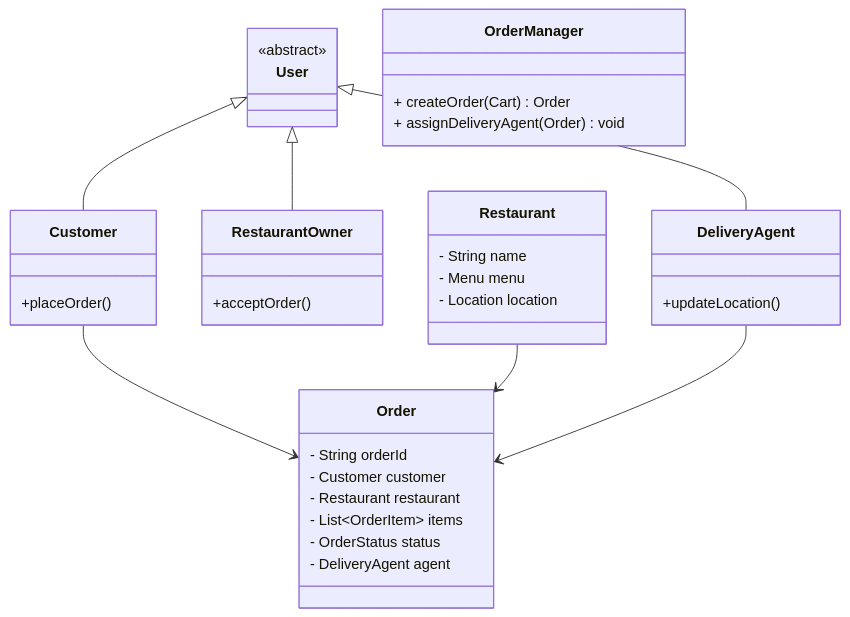
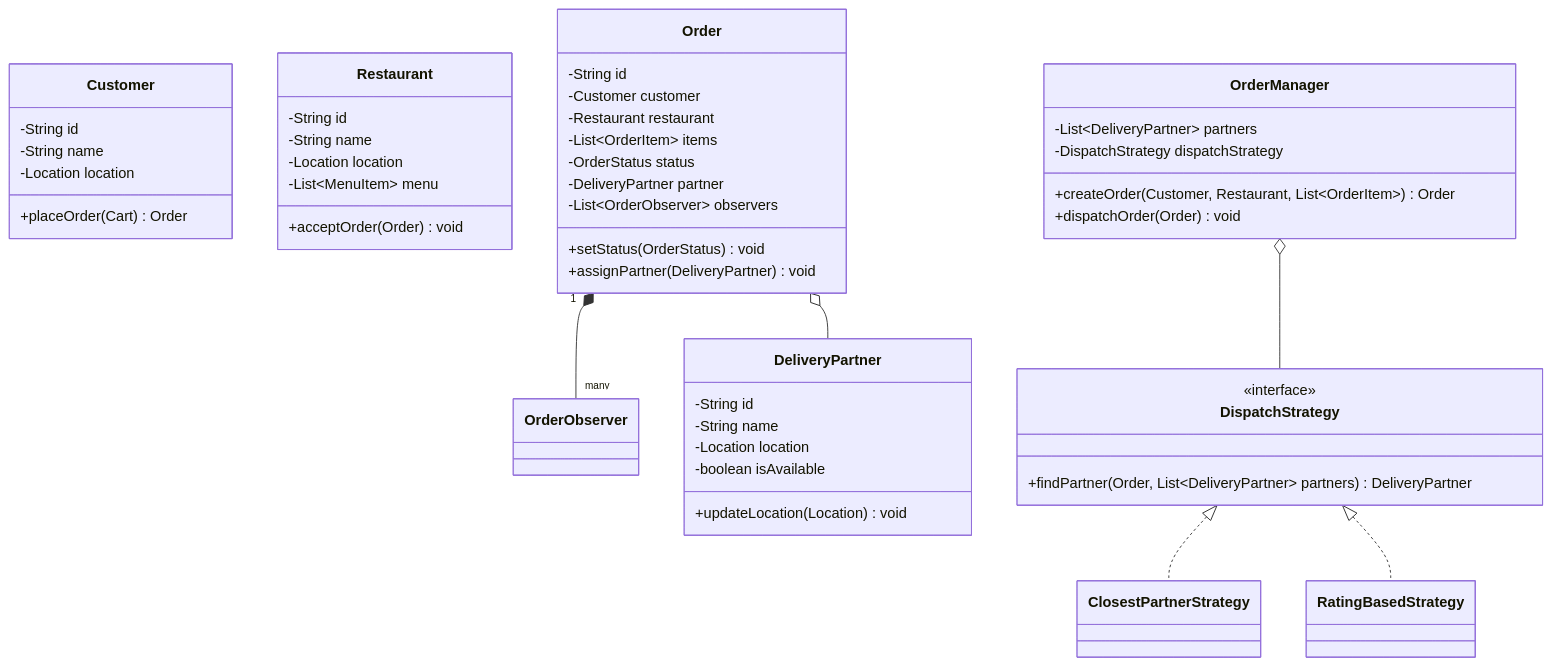
The second of 2 diagrams in src/pages/03-lld/machine-coding/food-delivery/index.mdx (akshay-k-r/Interview-Prep-Resource), drawn with Mermaid before and after one commit. The commit also changed other lines of this file and 179 other files, not shown here.

````diff
--- a/src/pages/03-lld/machine-coding/food-delivery/index.mdx
+++ b/src/pages/03-lld/machine-coding/food-delivery/index.mdx
@@ -20,35 +55,59 @@
 ```mermaid
 classDiagram
-    class User { <<abstract>> }
-    class Customer { +placeOrder() }
-    class RestaurantOwner { +acceptOrder() }
-    class DeliveryAgent { +updateLocation() }
-    
-    User <|-- Customer
-    User <|-- RestaurantOwner
-    User <|-- DeliveryAgent
+    class Customer {
+        -String id
+        -String name
+        -Location location
+        +placeOrder(Cart) Order
+    }
 
     class Restaurant {
-        - String name
-        - Menu menu
-        - Location location
+        -String id
+        -String name
+        -Location location
+        -List~MenuItem~ menu
+        +acceptOrder(Order) void
+    }
+
+    class DeliveryPartner {
+        -String id
+        -String name
+        -Location location
+        -boolean isAvailable
+        +updateLocation(Location) void
     }
 
     class Order {
-        - String orderId
-        - Customer customer
-        - Restaurant restaurant
-        - List~OrderItem~ items
-        - OrderStatus status
-        - DeliveryAgent agent
+        -String id
+        -Customer customer
+        -Restaurant restaurant
+        -List~OrderItem~ items
+        -OrderStatus status
+        -DeliveryPartner partner
+        -List~OrderObserver~ observers
+        +setStatus(OrderStatus) void
+        +assignPartner(DeliveryPartner) void
     }
 
-    class OrderManager {
-        + createOrder(Cart) Order
-        + assignDeliveryAgent(Order) void
+    class DispatchStrategy {
+        <<interface>>
+        +findPartner(Order, List~DeliveryPartner~ partners) DeliveryPartner
     }
 
-    Customer --> Order
-    Restaurant --> Order
-    DeliveryAgent --> Order
+    class ClosestPartnerStrategy { }
+    class RatingBasedStrategy { }
+
+    DispatchStrategy <|.. ClosestPartnerStrategy
+    DispatchStrategy <|.. RatingBasedStrategy
+
+    class OrderManager {
+        -List~DeliveryPartner~ partners
+        -DispatchStrategy dispatchStrategy
+        +createOrder(Customer, Restaurant, List~OrderItem~) Order
+        +dispatchOrder(Order) void
+    }
+
+    OrderManager o-- DispatchStrategy
+    Order "1" *-- "many" OrderObserver
+    Order o-- DeliveryPartner
 ```
````
